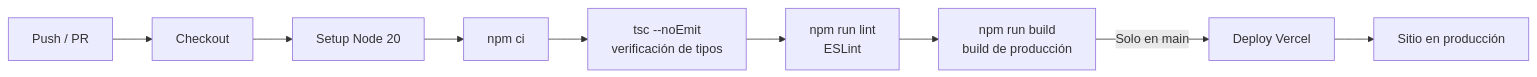
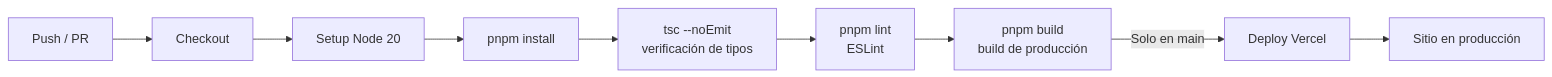
One commit to epjuan21/chartforge changed the diagram in docs/project-overview/CICD.md. Above: the diagram before and after it, drawn with Mermaid. The commit also changed other lines of this file and 13 other files, not shown here.

First line of the commit message:
feat: add chart capabilities definition and configuration

````diff
--- a/docs/project-overview/CICD.md
+++ b/docs/project-overview/CICD.md
@@ -114,11 +120,11 @@
 ```mermaid
 flowchart LR
     A[Push / PR] --> B[Checkout]
     B --> C[Setup Node 20]
-    C --> D[npm ci]
+    C --> D[pnpm install]
     D --> E[tsc --noEmit\nverificación de tipos]
-    E --> F[npm run lint\nESLint]
-    F --> G[npm run build\nbuild de producción]
+    E --> F[pnpm lint\nESLint]
+    F --> G[pnpm build\nbuild de producción]
     G -->|Solo en main| H[Deploy Vercel]
     H --> I[Sitio en producción]
 ```
````
